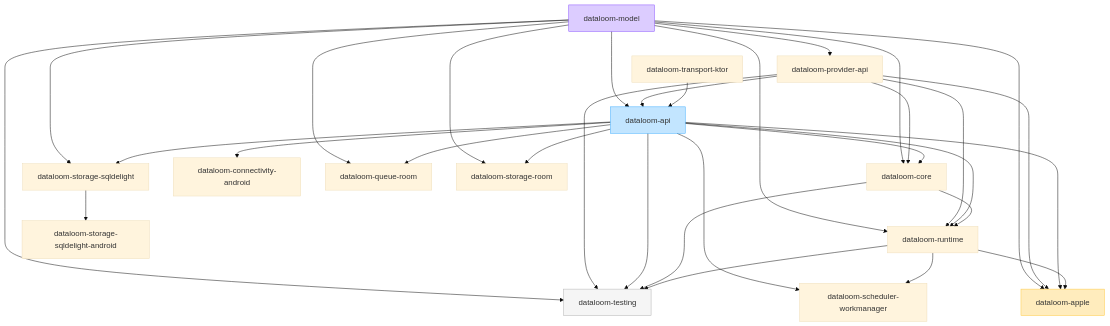
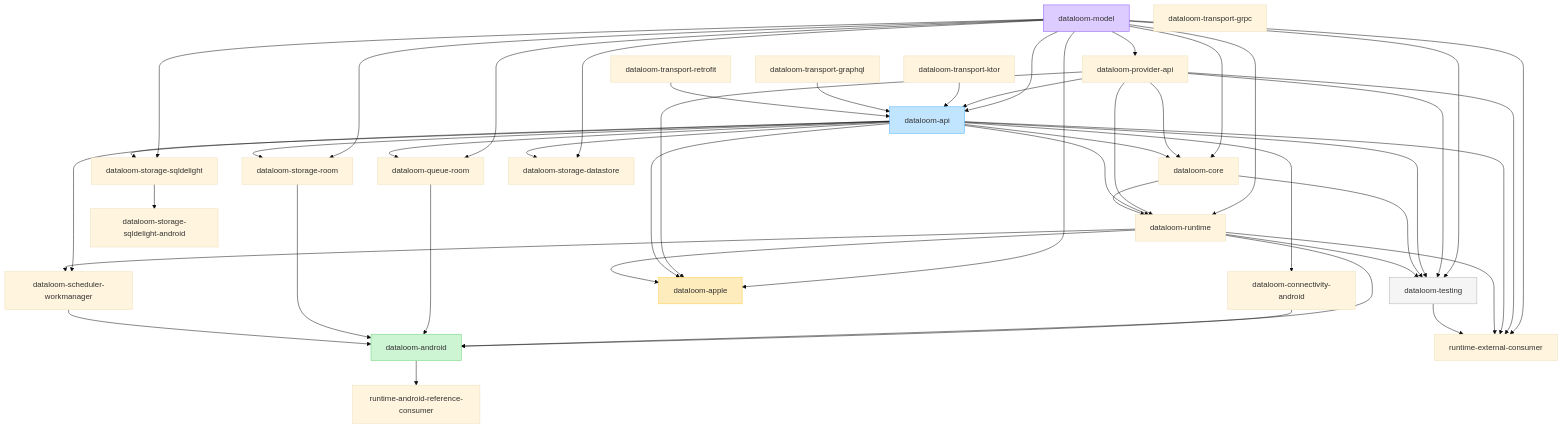
One commit to dataloom-sdk/dataloom changed the diagram in docs/architecture/modules.md. Above: the diagram before and after it, drawn with Mermaid (base theme). The commit also changed other lines of this file and 9 other files, not shown here.

First line of the commit message:
[#101] Add dataloom-android platform artifact (DL-039A second slice) (#270)

````diff
--- a/docs/architecture/modules.md
+++ b/docs/architecture/modules.md
@@ -30,53 +32,76 @@
 ```mermaid
 flowchart TD
     model[dataloom-model]
     providerApi[dataloom-provider-api]
     api[dataloom-api]
     core[dataloom-core]
     runtime[dataloom-runtime]
     sqldelight[dataloom-storage-sqldelight]
     testing[dataloom-testing]
     ktor[dataloom-transport-ktor]
+    graphql[dataloom-transport-graphql]
+    grpc[dataloom-transport-grpc]
+    retrofit[dataloom-transport-retrofit]
     connectivity[dataloom-connectivity-android]
     room[dataloom-queue-room]
     storageRoom[dataloom-storage-room]
+    storageDatastore[dataloom-storage-datastore]
     sqldelightAndroid[dataloom-storage-sqldelight-android]
     work[dataloom-scheduler-workmanager]
+    androidUmbrella[dataloom-android]
     apple[dataloom-apple]
+    externalConsumer[runtime-external-consumer]
+    androidConsumer[runtime-android-reference-consumer]
 
     model --> providerApi
     model --> api
     providerApi --> api
     model --> core
     providerApi --> core
     api --> core
     model --> runtime
     providerApi --> runtime
     api --> runtime
     core --> runtime
     model --> testing
     providerApi --> testing
     api --> testing
     core --> testing
     runtime --> testing
     ktor --> api
+    graphql --> api
+    retrofit --> api
     api --> connectivity
     model --> room
     api --> room
     model --> sqldelight
     api --> sqldelight
     model --> storageRoom
     api --> storageRoom
+    model --> storageDatastore
+    api --> storageDatastore
     sqldelight --> sqldelightAndroid
     api --> work
     runtime --> work
     model --> apple
     providerApi --> apple
     api --> apple
     runtime --> apple
+    model --> externalConsumer
+    providerApi --> externalConsumer
+    api --> externalConsumer
+    runtime --> externalConsumer
+    testing --> externalConsumer
+    runtime --> androidUmbrella
+    connectivity --> androidUmbrella
+    room --> androidUmbrella
+    storageRoom --> androidUmbrella
+    work --> androidUmbrella
+    androidUmbrella --> androidConsumer
 
     style model fill:#DCCCFF,stroke:#874FFF
     style api fill:#C2E5FF,stroke:#3DADFF
     style testing fill:#F5F5F5,stroke:#B3B3B3
     style apple fill:#FFECBD,stroke:#FFC943
+    style androidUmbrella fill:#CDF4D3,stroke:#66D575
 ```
````
